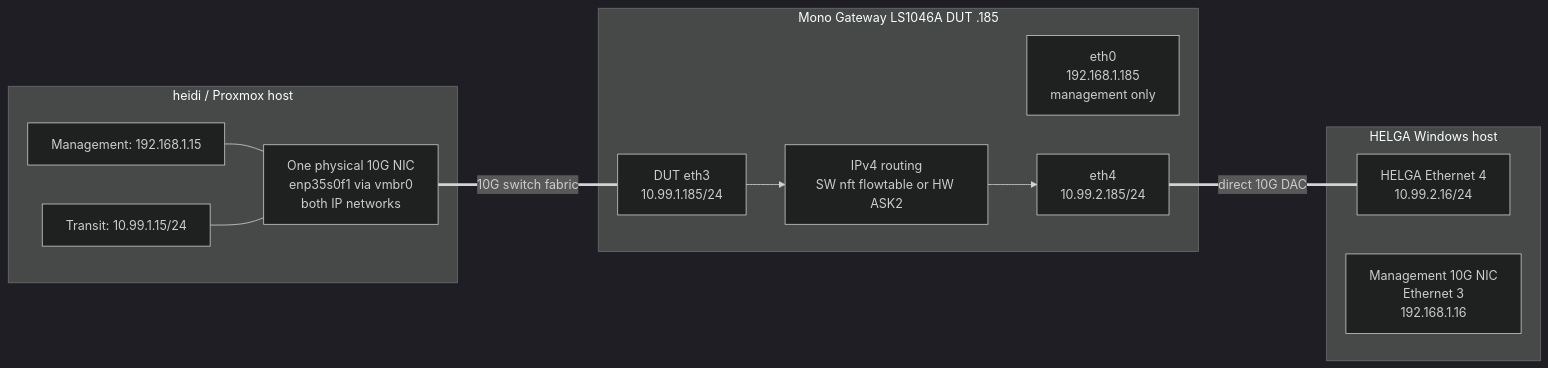
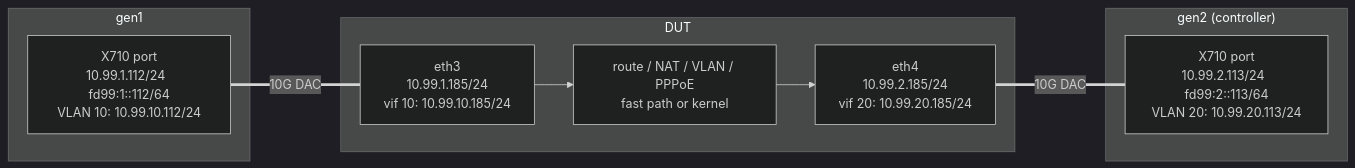
The diagram in plans/ASK2-PERFORMANCE-TEST-HARNESS.md (mihakralj/vyos-ls1046a-build), drawn with Mermaid (dark theme) before and after one commit. The commit also changed other lines of this file and 14 other files, not shown here.

````diff
--- a/plans/ASK2-PERFORMANCE-TEST-HARNESS.md
+++ b/plans/ASK2-PERFORMANCE-TEST-HARNESS.md
@@ -69,24 +57,17 @@
 ```mermaid
 flowchart LR
-    subgraph HEIDI["heidi / Proxmox host"]
-        HMGMT["Management: 192.168.1.15"]
-        HTRANSIT["Transit: 10.99.1.15/24"]
-        HNIC["One physical 10G NIC<br/>enp35s0f1 via vmbr0<br/>both IP networks"]
-        HMGMT --- HNIC
-        HTRANSIT --- HNIC
+    subgraph G1["gen1"]
+        G1P["X710 port<br/>10.99.1.112/24  fd99:1::112/64<br/>VLAN 10: 10.99.10.112/24"]
     end
-
-    HNIC ===|"10G switch fabric"| E3["DUT eth3<br/>10.99.1.185/24"]
-
-    subgraph DUT["Mono Gateway LS1046A DUT .185"]
-        MGMT["eth0<br/>192.168.1.185<br/>management only"]
-        E3 --> ROUTER["IPv4 routing<br/>SW nft flowtable or HW ASK2"] --> E4["eth4<br/>10.99.2.185/24"]
+    subgraph DUT["DUT"]
+        E3["eth3<br/>10.99.1.185/24<br/>vif 10: 10.99.10.185/24"]
+        FWD["route / NAT / VLAN / PPPoE<br/>fast path or kernel"]
+        E4["eth4<br/>10.99.2.185/24<br/>vif 20: 10.99.20.185/24"]
+        E3 --> FWD --> E4
     end
-
-    E4 ===|"direct 10G DAC"| HELGAT["HELGA Ethernet 4<br/>10.99.2.16/24"]
-
-    subgraph HELGA["HELGA Windows host"]
-        HELGAM["Management 10G NIC<br/>Ethernet 3<br/>192.168.1.16"]
-        HELGAT
+    subgraph G2["gen2 (controller)"]
+        G2P["X710 port<br/>10.99.2.113/24  fd99:2::113/64<br/>VLAN 20: 10.99.20.113/24"]
     end
+    G1P ===|"10G DAC"| E3
+    E4 ===|"10G DAC"| G2P
 ```
````
